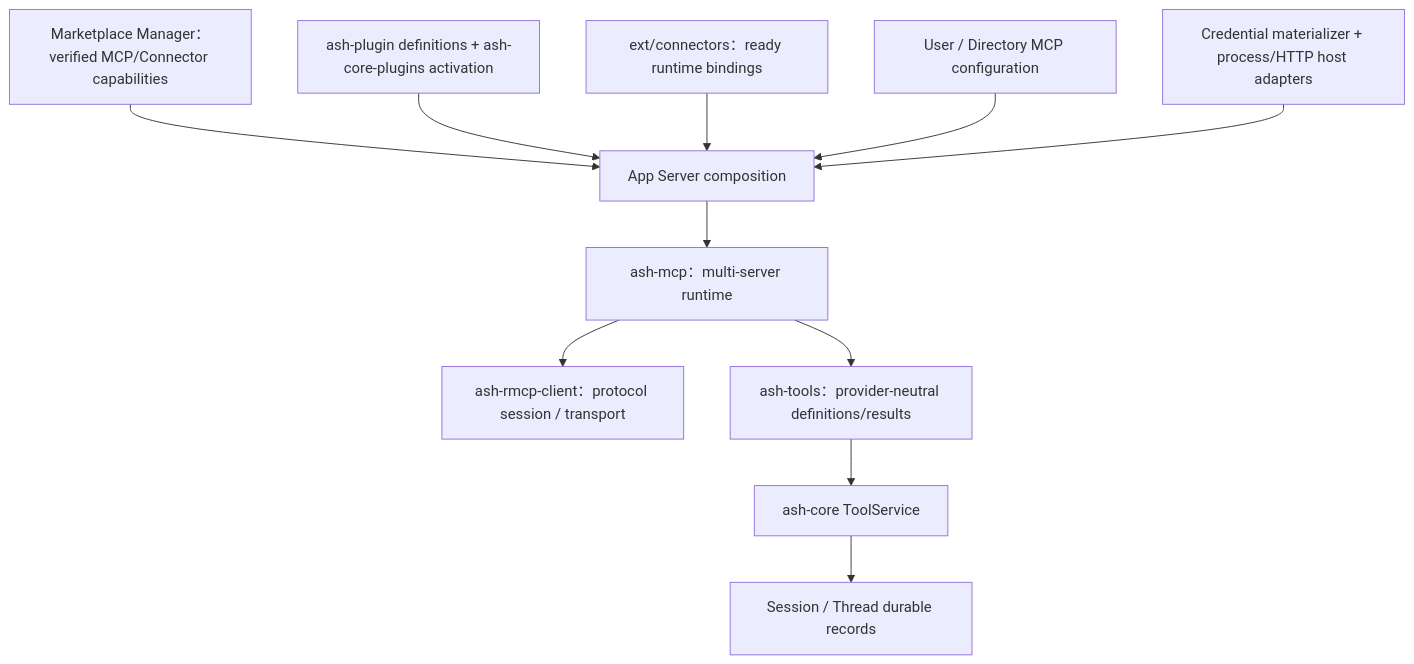
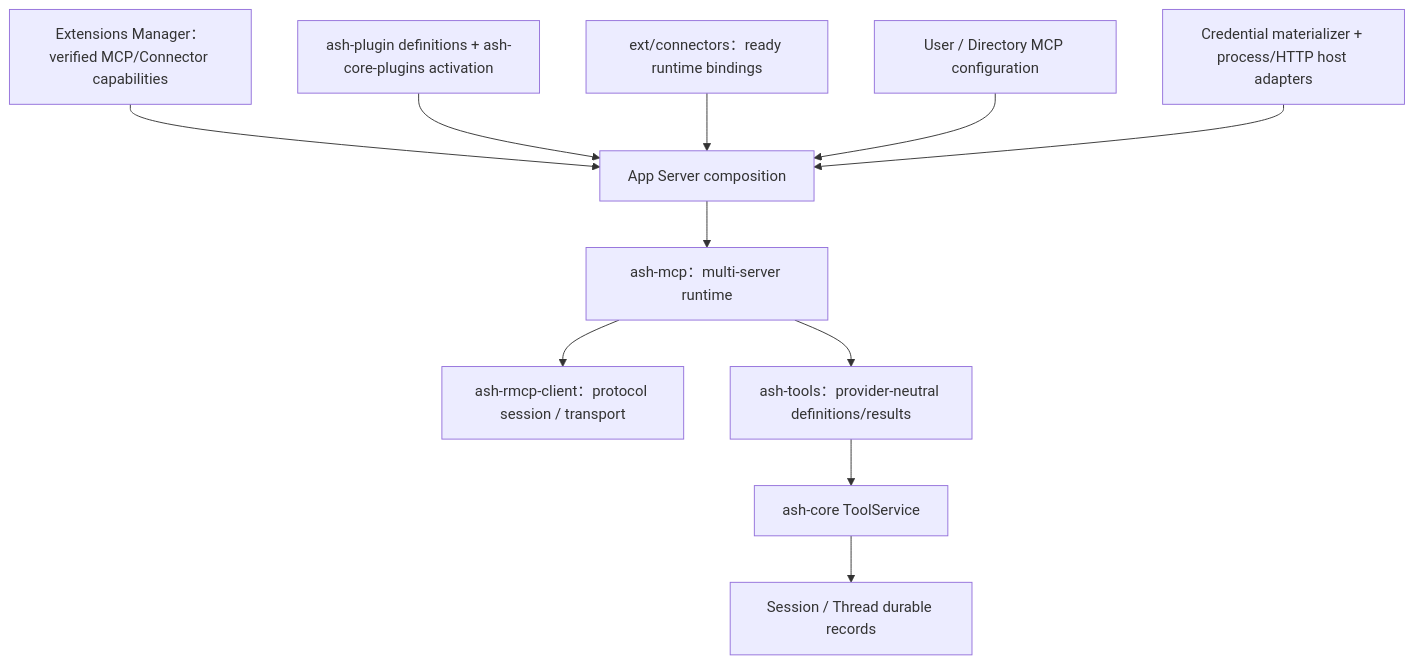
Before and after one commit to chogng/ash: the second of 2 diagrams in docs/mcp.md, drawn with Mermaid. The commit also changed other lines of this file and 342 other files, not shown here.

First line of the commit message:
refactor: rename Marketplace references to Extensions in tests

````diff
--- a/docs/mcp.md
+++ b/docs/mcp.md
@@ -200,13 +200,13 @@
 ```mermaid
 flowchart TD
-    P["Marketplace Manager：verified MCP/Connector capabilities"] --> A["App Server composition"]
+    P["Extensions Manager：verified MCP/Connector capabilities"] --> A["App Server composition"]
     L["ash-plugin definitions + ash-core-plugins activation"] --> A
     C["ext/connectors：ready runtime bindings"] --> A
     U["User / Directory MCP configuration"] --> A
     H["Credential materializer + process/HTTP host adapters"] --> A
     A --> M["ash-mcp：multi-server runtime"]
     M --> R["ash-rmcp-client：protocol session / transport"]
     M --> Z["ash-tools：provider-neutral definitions/results"]
     Z --> K["ash-core ToolService"]
     K --> D["Session / Thread durable records"]
 ```
````
